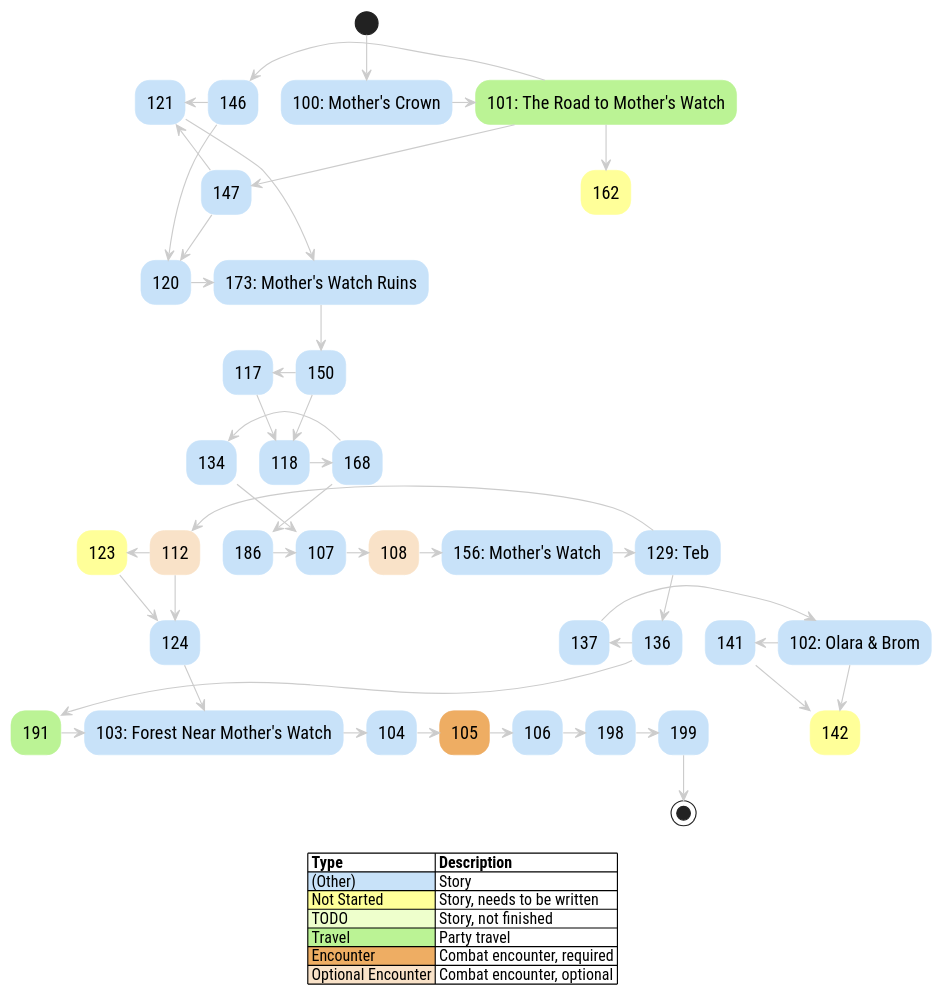
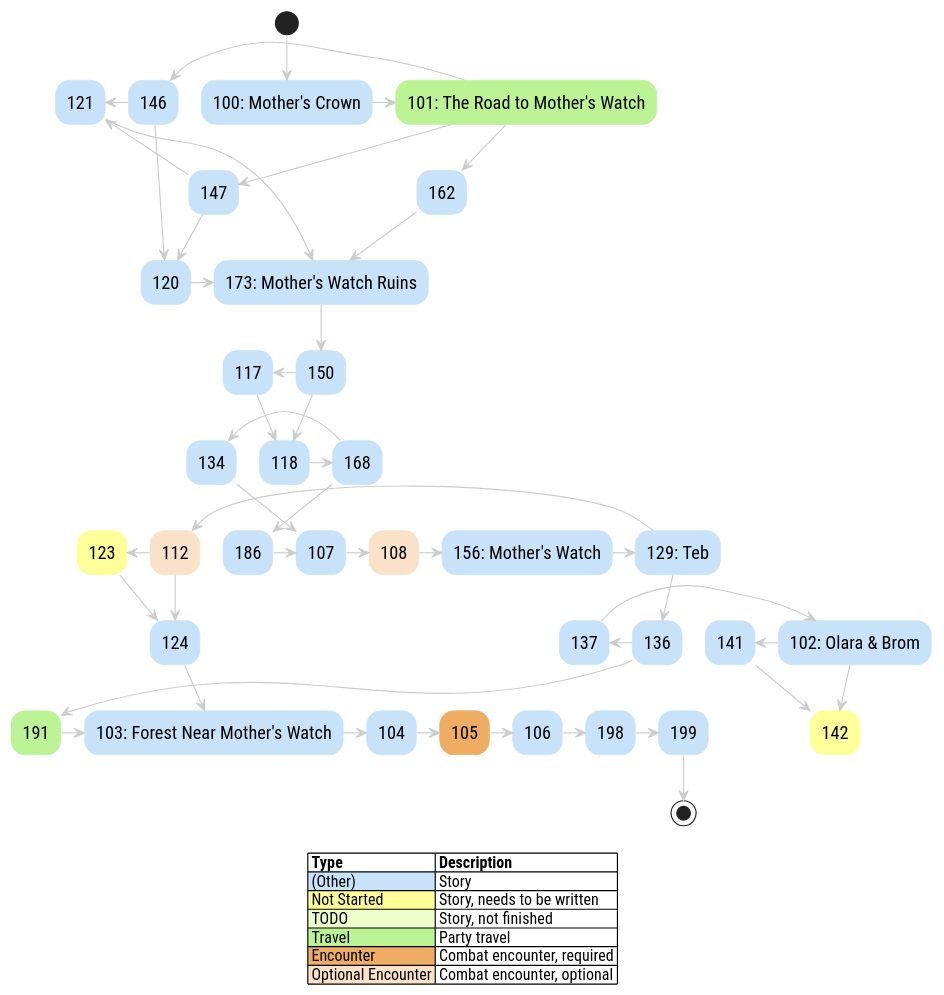
Before and after one commit to rickosborne/skyline: the diagram in assets/puml/story-iaso-graph.puml, drawn with PlantUML. The commit also changed 34 other files, not shown here.

Commit message:
Hyperlinks in story graph SVG (#105)

```diff
--- a/assets/puml/story-iaso-graph.puml
+++ b/assets/puml/story-iaso-graph.puml
@@ -1,85 +1,89 @@
 @startuml
 
 ' title IASO Story Graph
 
 skinparam {
 	DefaultFontName Roboto Condensed
 	DefaultFontSize 16
 	shadowing false
+	HyperlinkUnderline false
+	HyperlinkColor #000000
+
 	
 	ArrowColor #cccccc
 	BackgroundColor #ffffff
 	
 	ActivityBackgroundColor #C8E2F9
 	ActivityBorderColor #C8E2F9
 
   ActivityBackgroundColor<<NotStarted>> #ffff99
   ActivityBorderColor<<NotStarted>> #ffff99
   ActivityBackgroundColor<<TODO>> #eeffcc
   ActivityBorderColor<<TODO>> #eeffcc
   ActivityBackgroundColor<<OptionalEncounter>> #F9E2C8
   ActivityBorderColor<<OptionalEncounter>> #F9E2C8
   ActivityBackgroundColor<<Encounter>> #EEAD63
   ActivityBorderColor<<Encounter>> #EEAD63
   ActivityBackgroundColor<<Travel>> #BBF395
   ActivityBorderColor<<Travel>> #BBF395
 	LegendBackgroundColor transparent
 	LegendBorderColor transparent
 	LegendBorderThickness 0
 }
 
-(*) --> "100: Mother's Crown" as e100 
-e100 -r-> "101: The Road to Mother's Watch" as e101 <<Travel>>
-e101 -l-> "146" as e146 
-e101 --> "147" as e147 
-e101 --> "162" as e162 <<NotStarted>>
-"102: Olara & Brom" as e102  -l-> "141" as e141 
-e102 --> "142" as e142 <<NotStarted>>
-"103: Forest Near Mother's Watch" as e103  -r-> "104" as e104 
-e104 -r-> "105" as e105 <<Encounter>>
-e105 -r-> "106" as e106 
-e106 -r-> "198" as e198 
-"107" as e107  -r-> "108" as e108 <<OptionalEncounter>>
-e108 -r-> "156: Mother's Watch" as e156 
-"112" as e112 <<OptionalEncounter>> -l-> "123" as e123 <<NotStarted>>
-e112 --> "124" as e124 
-"117" as e117  -r-> "118" as e118 
-e118 -r-> "168" as e168 
-"120" as e120  -r-> "173: Mother's Watch Ruins" as e173 
-"121" as e121  -r-> e173
+(*) --> "[[100-mothers-crown.html 100: Mother's Crown]]" as e100 
+e100 -r-> "[[101-road-to-mothers-watch.html 101: The Road to Mother's Watch]]" as e101 <<Travel>>
+e101 -l-> "[[146-scrappers-deaf.html 146]]" as e146 
+e101 --> "[[147-striders-blind.html 147]]" as e147 
+e101 --> "[[162-scrappers-surprise.html 162]]" as e162 
+"[[102-olaras-cave.html 102: Olara & Brom]]" as e102  -l-> "[[141-iaso-brom.html 141]]" as e141 
+e102 --> "[[142-back-down.html 142]]" as e142 <<NotStarted>>
+"[[103-cardiac-event.html 103: Forest Near Mother's Watch]]" as e103  -r-> "[[104-clear.html 104]]" as e104 
+e104 -r-> "[[105-striders.html 105]]" as e105 <<Encounter>>
+e105 -r-> "[[106-all-mother-mountain.html 106]]" as e106 
+e106 -r-> "[[198-corruptor-module.html 198]]" as e198 
+"[[107-lab.html 107]]" as e107  -r-> "[[108-exit.html 108]]" as e108 <<OptionalEncounter>>
+e108 -r-> "[[156-mothers-watch.html 156: Mother's Watch]]" as e156 
+"[[112-leave-tonight.html 112]]" as e112 <<OptionalEncounter>> -l-> "[[123-iaso-brom-olara.html 123]]" as e123 <<NotStarted>>
+e112 --> "[[124-back-to-mothers-watch.html 124]]" as e124 
+"[[117-medical-focus.html 117]]" as e117  -r-> "[[118-focus.html 118]]" as e118 
+e118 -r-> "[[168-power-wall.html 168]]" as e168 
+"[[120-scrappers-incoming.html 120]]" as e120  -r-> "[[173-ruins-entrance.html 173: Mother's Watch Ruins]]" as e173 
+"[[121-scrappers-treeline.html 121]]" as e121  -r-> e173
 e123 -r-> e124
 e124 -r-> e103
-"129: Teb" as e129  -l-> e112
-e129 --> "136" as e136 
-"134" as e134  -r-> e107
-e136 -l-> "137" as e137 
-e136 --> "191" as e191 <<Travel>>
+"[[129-teb.html 129: Teb]]" as e129  -l-> e112
+e129 --> "[[136-leave-tomorrow.html 136]]" as e136 
+"[[134-synchronize.html 134]]" as e134  -r-> e107
+e136 -l-> "[[137-leave-morning.html 137]]" as e137 
+e136 --> "[[191-not-interested.html 191]]" as e191 <<Travel>>
 e137 -r-> e102
 e141 -r-> e142
 e146 -l-> e121
 e146 --> e120
 e147 -l-> e121
 e147 --> e120
-"150" as e150  -l-> e117
+"[[150-the-blinking-light.html 150]]" as e150  -l-> e117
 e150 --> e118
 e156 -r-> e129
+e162 -r-> e173
 e168 -l-> e134
-e168 --> "186" as e186 
+e168 --> "[[186-no-synchronize.html 186]]" as e186 
 e173 --> e150
 e186 -r-> e107
 e191 -r-> e103
-e198 -r-> "199" as e199 
+e198 -r-> "[[199-what-next.html 199]]" as e199 
 e199 --> (*)
 
 legend
 |= Type |= Description |
 |<#C8E2F9> (Other) | Story |
 |<#ffff99> Not Started | Story, needs to be written |
 |<#eeffcc> TODO | Story, not finished |
 |<#BBF395> Travel | Party travel |
 |<#EEAD63> Encounter | Combat encounter, required |
 |<#F9E2C8> Optional Encounter | Combat encounter, optional |
 endlegend
 
 
 @enduml
```
